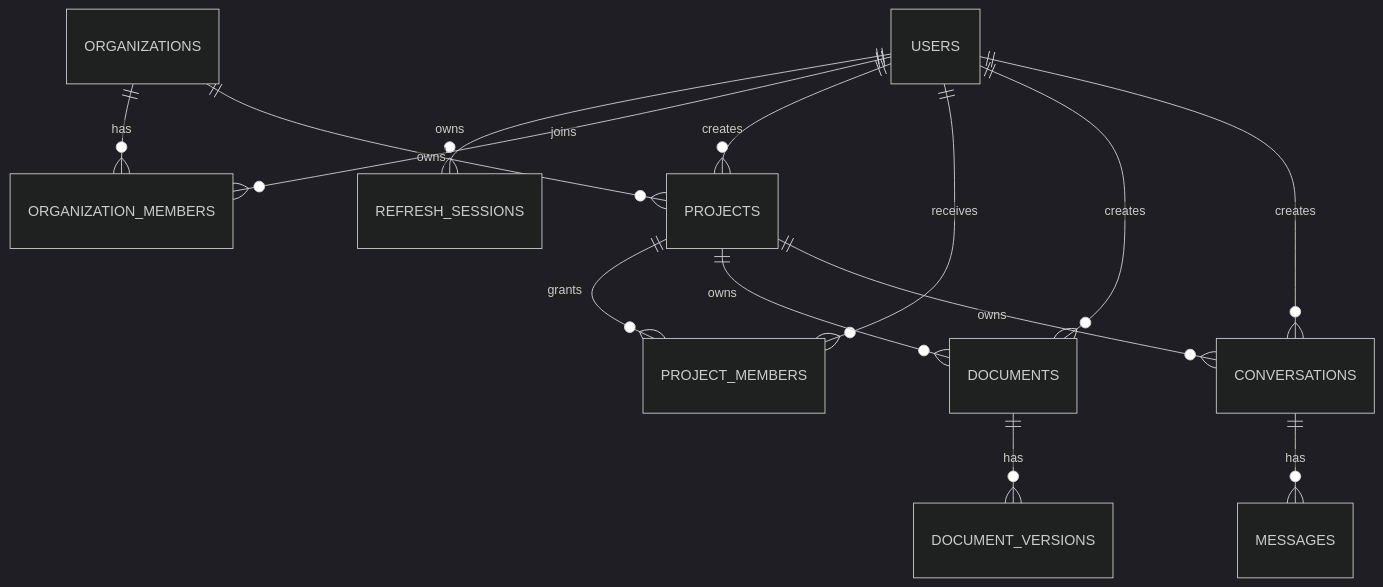
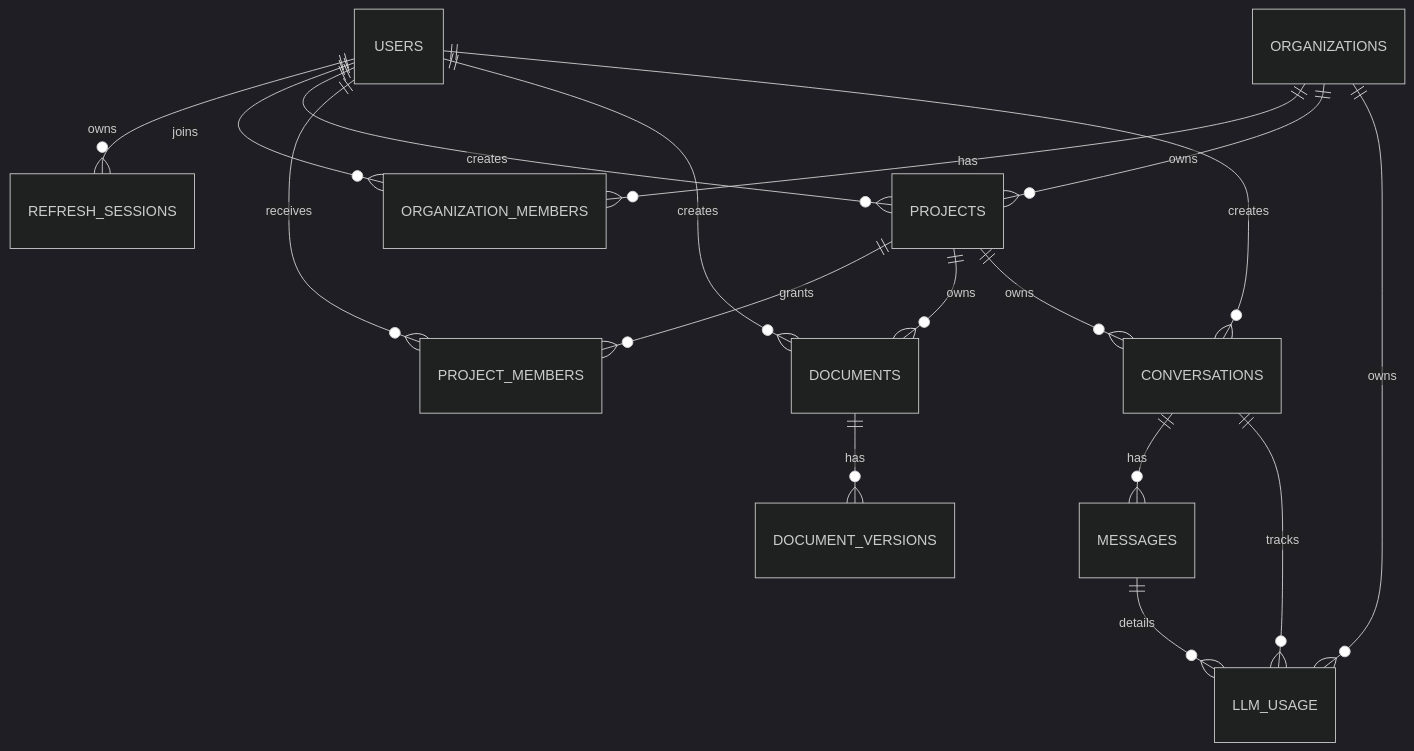
One commit to nahyan0077/knowledge-os changed the diagram in .ai/DATABASE_MAP.md. Above: the diagram before and after it, drawn with Mermaid (dark theme). The commit also changed other lines of this file and 19 other files, not shown here.

````diff
--- a/.ai/DATABASE_MAP.md
+++ b/.ai/DATABASE_MAP.md
@@ -13,16 +13,19 @@
 ```mermaid
 erDiagram
     USERS ||--o{ REFRESH_SESSIONS : owns
     USERS ||--o{ ORGANIZATION_MEMBERS : joins
     ORGANIZATIONS ||--o{ ORGANIZATION_MEMBERS : has
     ORGANIZATIONS ||--o{ PROJECTS : owns
     USERS ||--o{ PROJECTS : creates
     PROJECTS ||--o{ PROJECT_MEMBERS : grants
     USERS ||--o{ PROJECT_MEMBERS : receives
     PROJECTS ||--o{ DOCUMENTS : owns
     DOCUMENTS ||--o{ DOCUMENT_VERSIONS : has
     USERS ||--o{ DOCUMENTS : creates
     PROJECTS ||--o{ CONVERSATIONS : owns
     CONVERSATIONS ||--o{ MESSAGES : has
     USERS ||--o{ CONVERSATIONS : creates
+    ORGANIZATIONS ||--o{ LLM_USAGE : owns
+    CONVERSATIONS ||--o{ LLM_USAGE : tracks
+    MESSAGES ||--o{ LLM_USAGE : details
 ```
````
